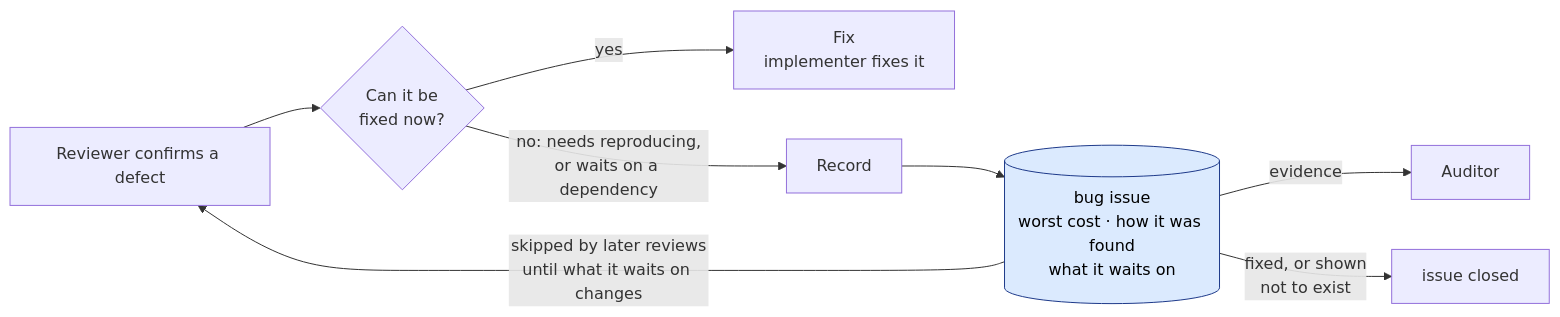
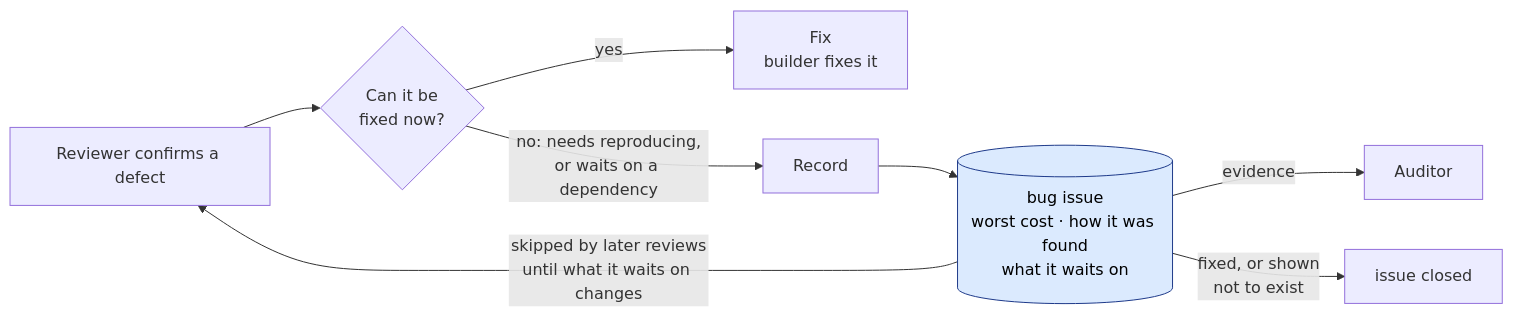
The fourth of 5 diagrams in .claude/skills/README.md (kkestell/ox), drawn with Mermaid before and after one commit. The commit also changed other lines of this file and 6 other files, not shown here.

````diff
--- a/.claude/skills/README.md
+++ b/.claude/skills/README.md
@@ -101,13 +92,13 @@
 ```mermaid
 flowchart LR
     Review["Reviewer confirms a defect"] --> Q{"Can it be<br/>fixed now?"}
-    Q -- yes --> Fix["Fix<br/>implementer fixes it"]
+    Q -- yes --> Fix["Fix<br/>builder fixes it"]
     Q -- "no: needs reproducing,<br/>or waits on a dependency" --> Rec["Record"]
     Rec --> KI[("bug issue<br/>worst cost · how it was found<br/>what it waits on")]
     KI -- "skipped by later reviews<br/>until what it waits on changes" --> Review
     KI -- "evidence" --> Audit["Auditor"]
     KI -- "fixed, or shown<br/>not to exist" --> Gone["issue closed"]
 
     classDef doc fill:#dbeafe,stroke:#1e3a8a,color:#000
     class KI doc
 ```
````
